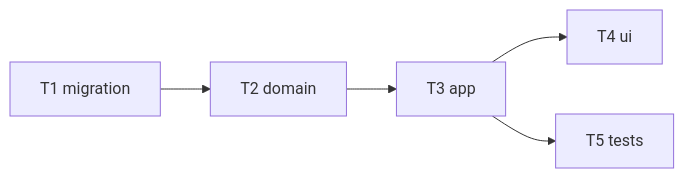
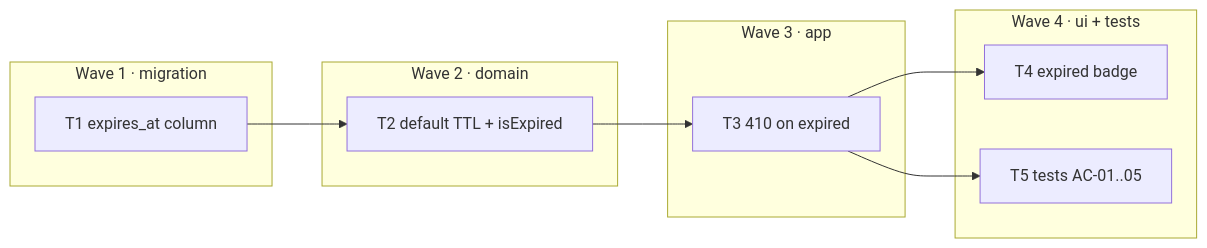
Before and after one commit to genkovich/url-shortener: the diagram in docs/features/link-expiry/tasks/_epic.md, drawn with Mermaid. The commit also changed other lines of this file and 22 other files, not shown here.

````diff
--- a/docs/features/link-expiry/tasks/_epic.md
+++ b/docs/features/link-expiry/tasks/_epic.md
@@ -13,6 +13,19 @@
 ```mermaid
 flowchart LR
-  T1[T1 migration] --> T2[T2 domain] --> T3[T3 app]
-  T3 --> T4[T4 ui]
-  T3 --> T5[T5 tests]
+  subgraph W1["Wave 1 · migration"]
+    T1[T1 expires_at column]
+  end
+  subgraph W2["Wave 2 · domain"]
+    T2[T2 default TTL + isExpired]
+  end
+  subgraph W3["Wave 3 · app"]
+    T3[T3 410 on expired]
+  end
+  subgraph W4["Wave 4 · ui + tests"]
+    T4[T4 expired badge]
+    T5[T5 tests AC-01..05]
+  end
+  T1 --> T2 --> T3
+  T3 --> T4
+  T3 --> T5
 ```
````
